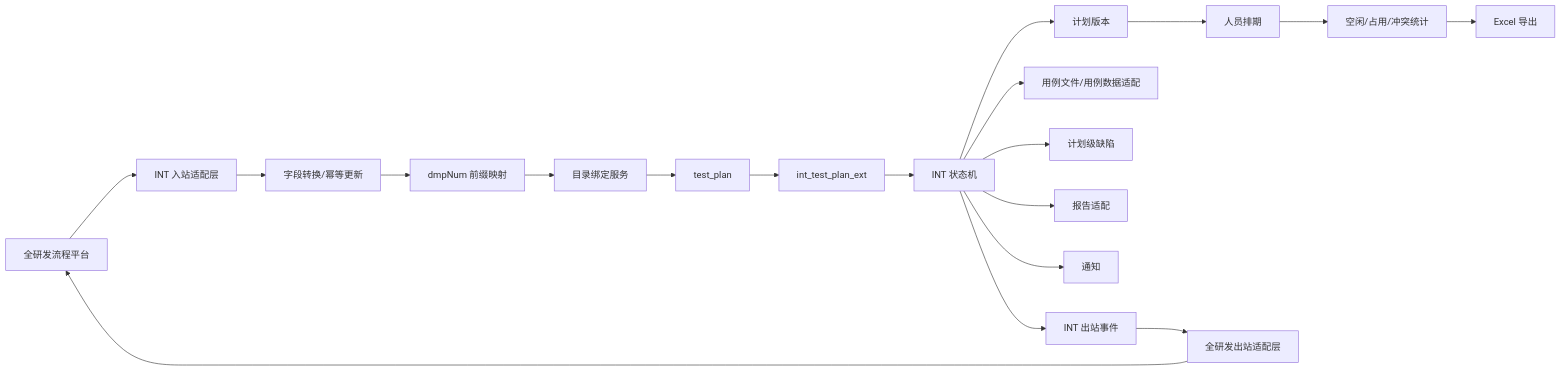
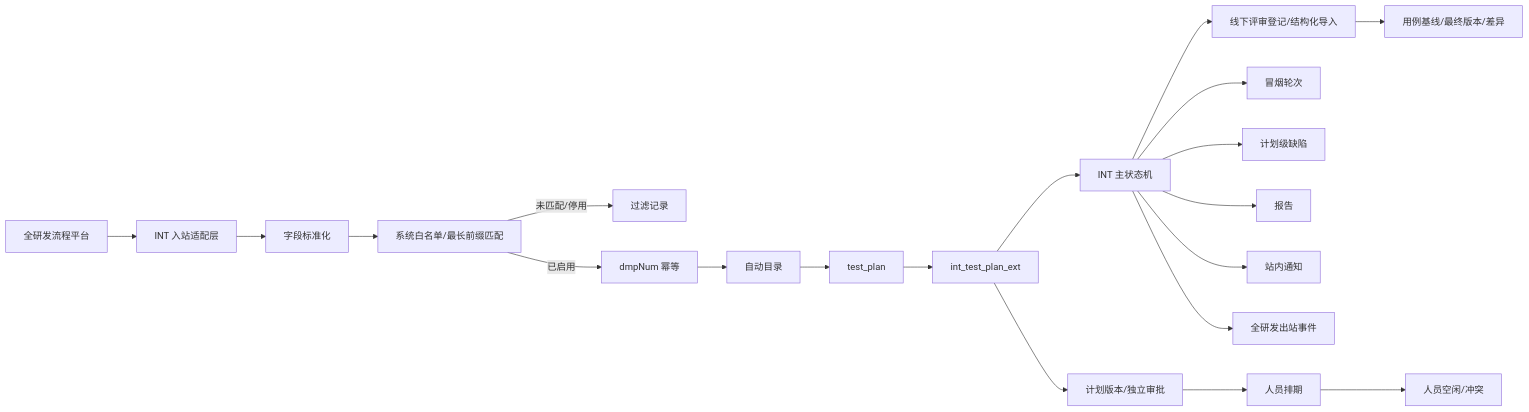
One commit to sdwurg180507280211/metersphere changed the diagram in .kiro/specs/int-test-flow/design.md. Above: the diagram before and after it, drawn with Mermaid. The commit also changed other lines of this file, not shown here.

````diff
--- a/.kiro/specs/int-test-flow/design.md
+++ b/.kiro/specs/int-test-flow/design.md
@@ -51,24 +31,24 @@
 ```mermaid
 flowchart LR
     RD[全研发流程平台] --> IN[INT 入站适配层]
-    IN --> IDEM[字段转换/幂等更新]
-    IDEM --> MAP[dmpNum 前缀映射]
-    MAP --> DIR[目录绑定服务]
+    IN --> MAP[字段标准化]
+    MAP --> FILTER[系统白名单/最长前缀匹配]
+    FILTER -->|未匹配/停用| FLOG[过滤记录]
+    FILTER -->|已启用| IDEM[dmpNum 幂等]
+    IDEM --> DIR[自动目录]
     DIR --> PLAN[test_plan]
     PLAN --> EXT[int_test_plan_ext]
 
-    EXT --> FLOW[INT 状态机]
-    FLOW --> VER[计划版本]
+    EXT --> FLOW[INT 主状态机]
+    EXT --> VER[计划版本/独立审批]
     VER --> ASSIGN[人员排期]
-    FLOW --> CASE[用例文件/用例数据适配]
+    FLOW --> REVIEW[线下评审登记/结构化导入]
+    REVIEW --> CASE[用例基线/最终版本/差异]
+    FLOW --> SMOKE[冒烟轮次]
     FLOW --> ISSUE[计划级缺陷]
-    FLOW --> REPORT[报告适配]
-    FLOW --> NOTICE[通知]
+    FLOW --> REPORT[报告]
+    FLOW --> NOTICE[站内通知]
 
-    ASSIGN --> RESOURCE[空闲/占用/冲突统计]
-    RESOURCE --> EXCEL[Excel 导出]
-
-    FLOW --> OUTBOX[INT 出站事件]
-    OUTBOX --> OUT[全研发出站适配层]
-    OUT --> RD
+    ASSIGN --> RESOURCE[人员空闲/冲突]
+    FLOW --> OUTBOX[全研发出站事件]
 ```
````
